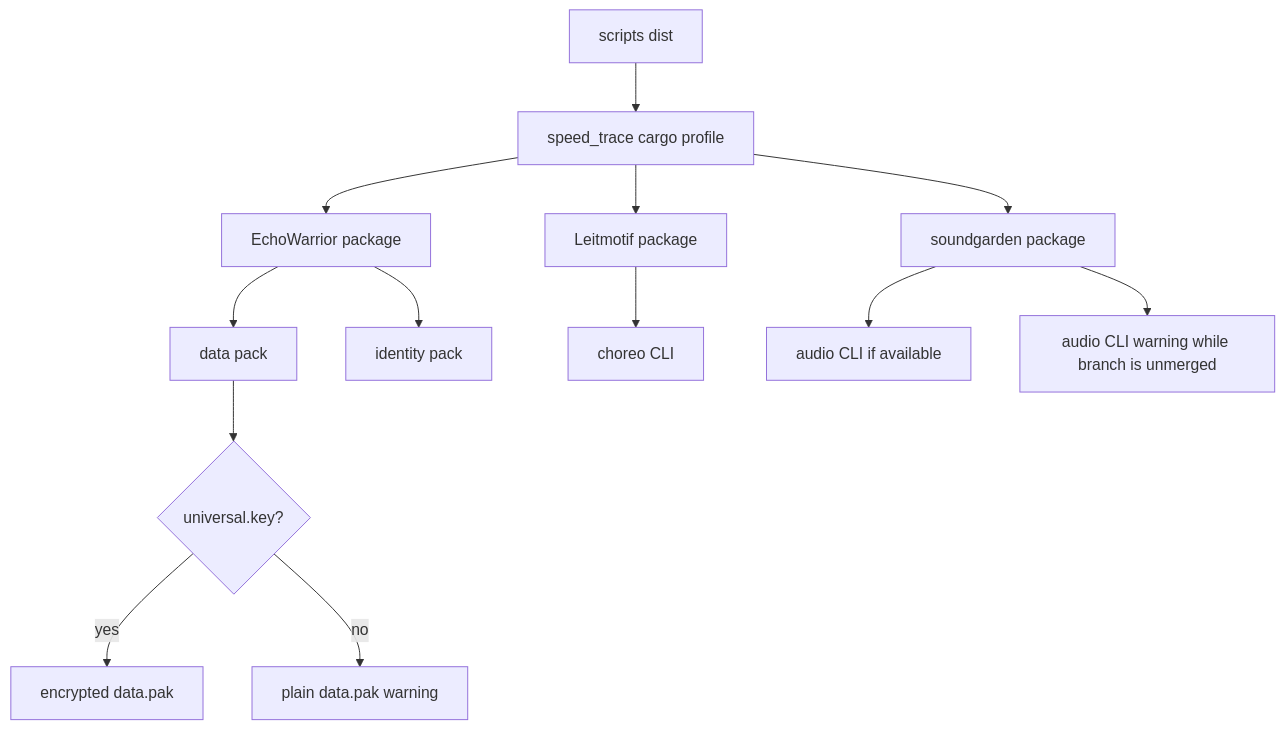
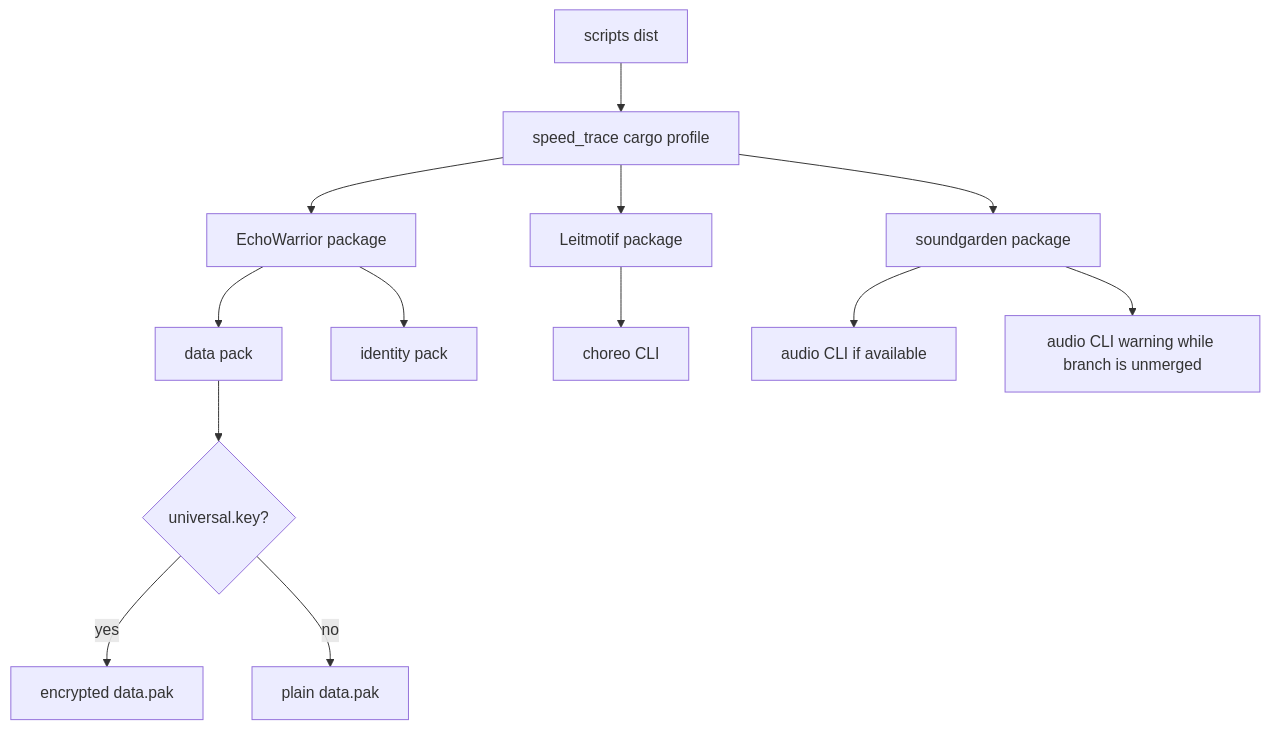
The second of 3 diagrams in src/content/docs/pages/verification-guide.md (soulwax/EchoWiki), drawn with Mermaid before and after one commit. The commit also changed other lines of this file and 7 other files, not shown here.

Commit message:
docs: polish mermaid diagram rendering

````diff
--- a/src/content/docs/pages/verification-guide.md
+++ b/src/content/docs/pages/verification-guide.md
@@ -106,28 +111,28 @@
 ```mermaid
 flowchart TB
     dist[scripts dist]
     profile[speed_trace cargo profile]
     game[EchoWarrior package]
     leitmotif[Leitmotif package]
     soundgarden[soundgarden package]
     data[data pack]
     key{universal.key?}
     encrypted[encrypted data.pak]
-    plain[plain data.pak warning]
+    plain[plain data.pak]
     identity[identity pack]
     choreo[choreo CLI]
     audio[audio CLI if available]
     warning[audio CLI warning while branch is unmerged]
 
     dist --> profile
     profile --> game
     profile --> leitmotif
     profile --> soundgarden
     game --> data --> key
     key -- yes --> encrypted
     key -- no --> plain
     game --> identity
     leitmotif --> choreo
     soundgarden --> audio
     soundgarden --> warning
 ```
````
